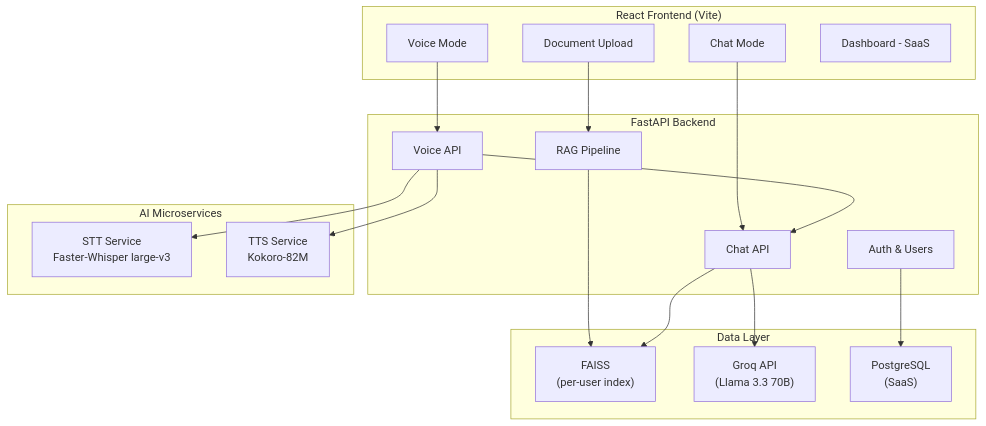
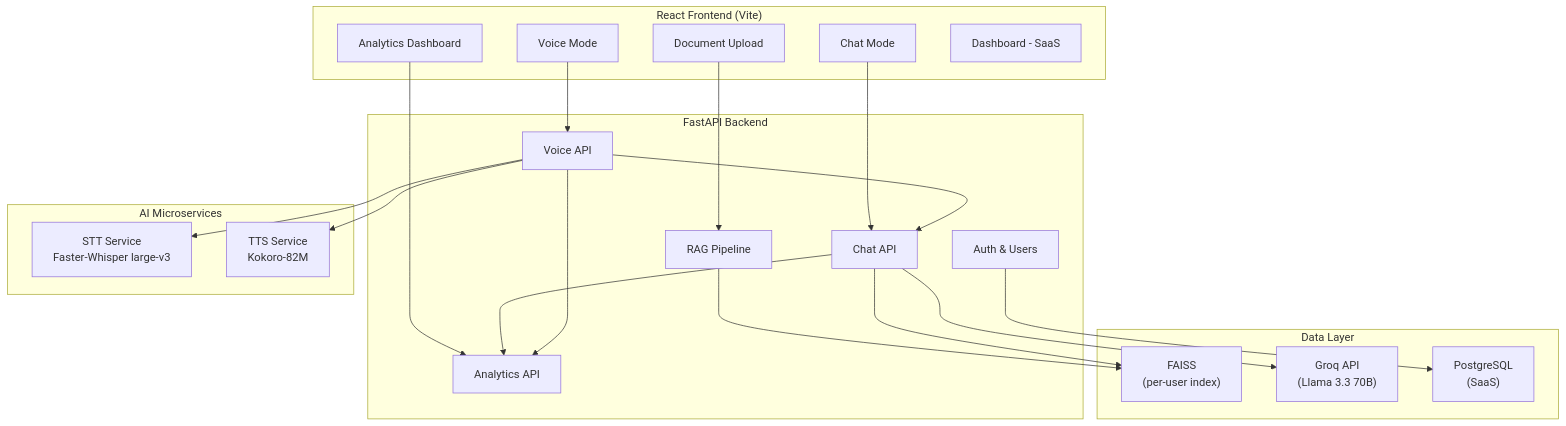
The diagram in PROGRESS.md (sarmadapro/fyp), drawn with Mermaid before and after one commit. The commit also changed other lines of this file and 24 other files, not shown here.

````diff
--- a/PROGRESS.md
+++ b/PROGRESS.md
@@ -9,39 +9,44 @@
 ```mermaid
 graph TB
     subgraph Frontend["React Frontend (Vite)"]
         Upload[Document Upload]
         Chat[Chat Mode]
         Voice[Voice Mode]
+        Analytics[Analytics Dashboard]
         Dashboard[Dashboard - SaaS]
     end
 
     subgraph Backend["FastAPI Backend"]
         RAG[RAG Pipeline]
         ChatAPI[Chat API]
         VoiceAPI[Voice API]
+        AnalyticsAPI[Analytics API]
         Auth[Auth & Users]
     end
 
     subgraph Services["AI Microservices"]
         STT["STT Service<br/>Faster-Whisper large-v3"]
         TTS["TTS Service<br/>Kokoro-82M"]
     end
 
     subgraph Storage["Data Layer"]
         FAISS["FAISS<br/>(per-user index)"]
         Groq["Groq API<br/>(Llama 3.3 70B)"]
         DB["PostgreSQL<br/>(SaaS)"]
     end
 
     Upload --> RAG
     Chat --> ChatAPI
     Voice --> VoiceAPI
+    Analytics --> AnalyticsAPI
     
     RAG --> FAISS
     ChatAPI --> Groq
     ChatAPI --> FAISS
+    ChatAPI --> AnalyticsAPI
     VoiceAPI --> STT
     VoiceAPI --> TTS
     VoiceAPI --> ChatAPI
+    VoiceAPI --> AnalyticsAPI
     Auth --> DB
 ```
````
